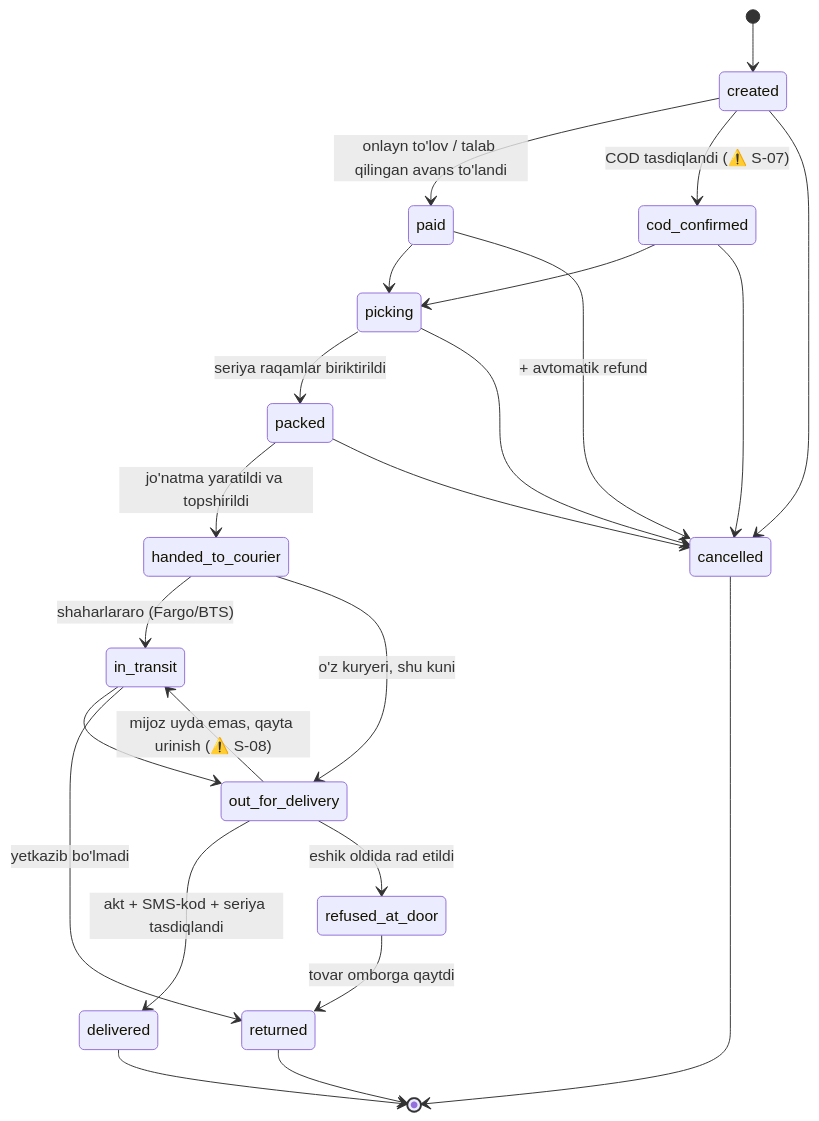
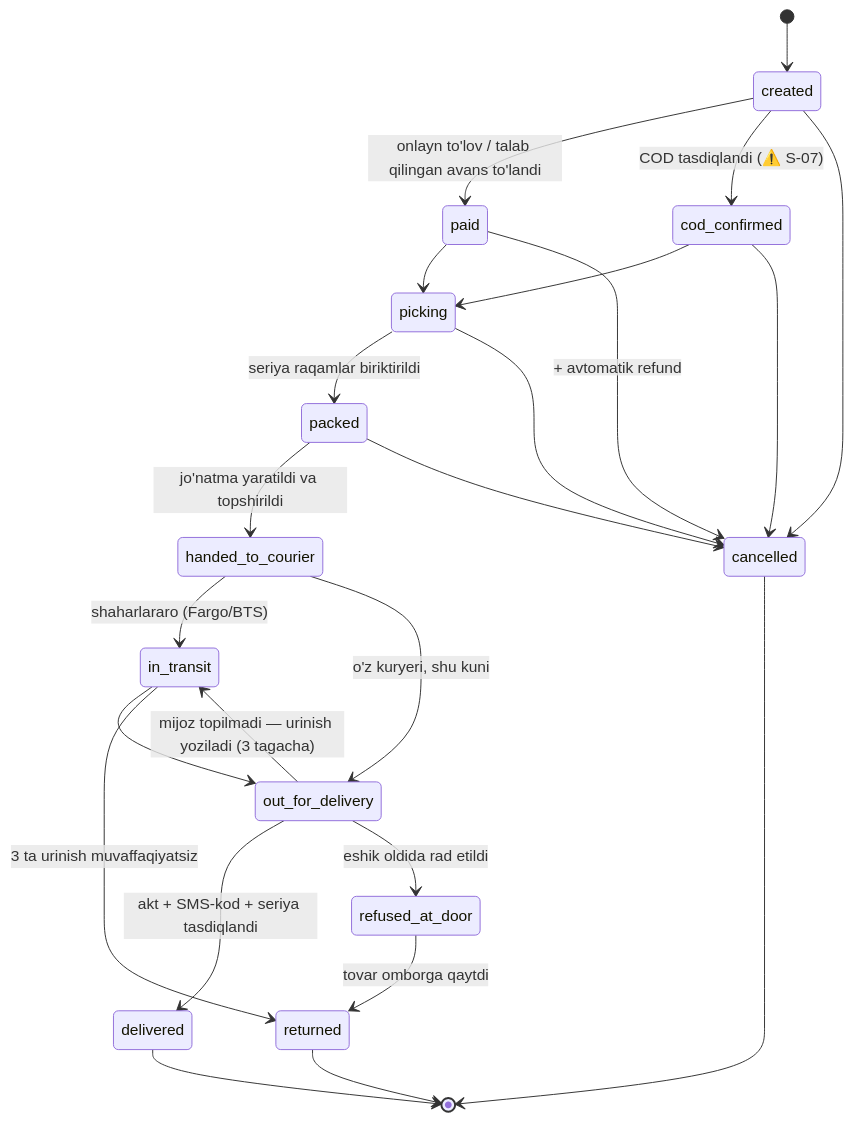
One commit to azizmuksinov/Azzxauusd changed the diagram in docs/01-arxitektura.md. Above: the diagram before and after it, drawn with Mermaid. The commit also changed other lines of this file and 125 other files, not shown here.

````diff
--- a/docs/01-arxitektura.md
+++ b/docs/01-arxitektura.md
@@ -56,26 +56,26 @@
 ```mermaid
 stateDiagram-v2
     [*] --> created
     created --> paid: onlayn to'lov / talab qilingan avans to'landi
     created --> cod_confirmed: COD tasdiqlandi (⚠️ S-07)
     created --> cancelled
     paid --> picking
     cod_confirmed --> picking
     paid --> cancelled: + avtomatik refund
     cod_confirmed --> cancelled
     picking --> packed: seriya raqamlar biriktirildi
     picking --> cancelled
     packed --> handed_to_courier: jo'natma yaratildi va topshirildi
     packed --> cancelled
     handed_to_courier --> in_transit: shaharlararo (Fargo/BTS)
     handed_to_courier --> out_for_delivery: o'z kuryeri, shu kuni
     in_transit --> out_for_delivery
     out_for_delivery --> delivered: akt + SMS-kod + seriya tasdiqlandi
     out_for_delivery --> refused_at_door: eshik oldida rad etildi
-    out_for_delivery --> in_transit: mijoz uyda emas, qayta urinish (⚠️ S-08)
-    in_transit --> returned: yetkazib bo'lmadi
+    out_for_delivery --> in_transit: mijoz topilmadi — urinish yoziladi (3 tagacha)
+    in_transit --> returned: 3 ta urinish muvaffaqiyatsiz
     refused_at_door --> returned: tovar omborga qaytdi
     delivered --> [*]
     returned --> [*]
     cancelled --> [*]
 ```
````
